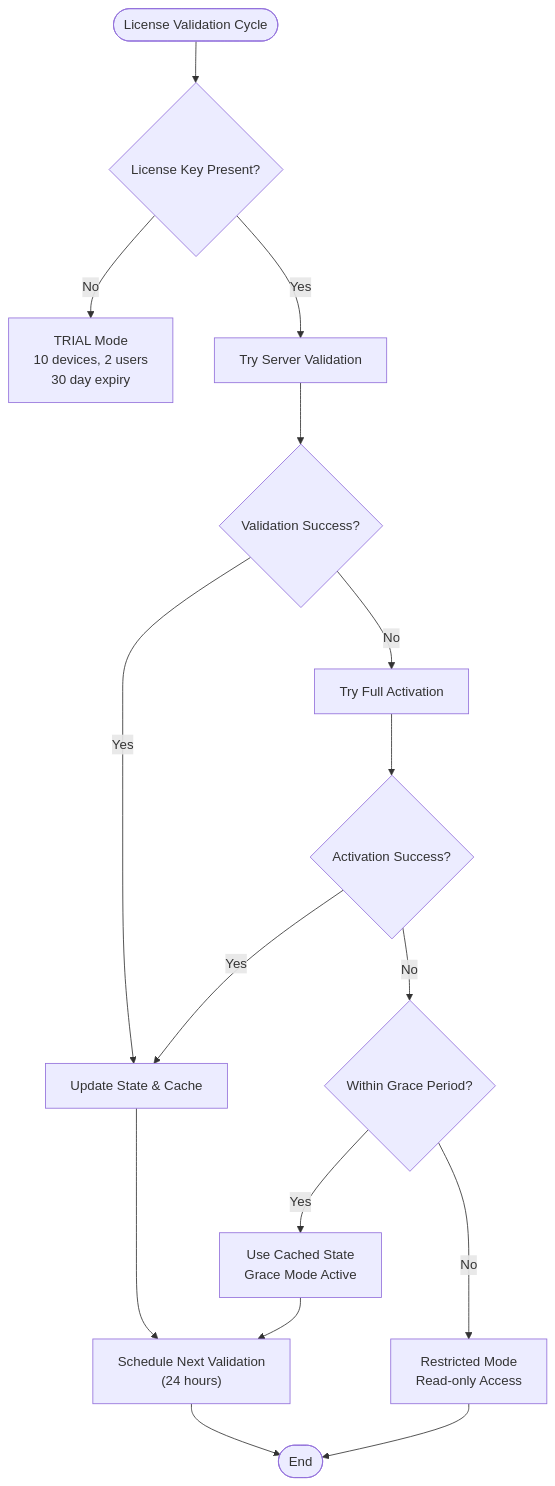
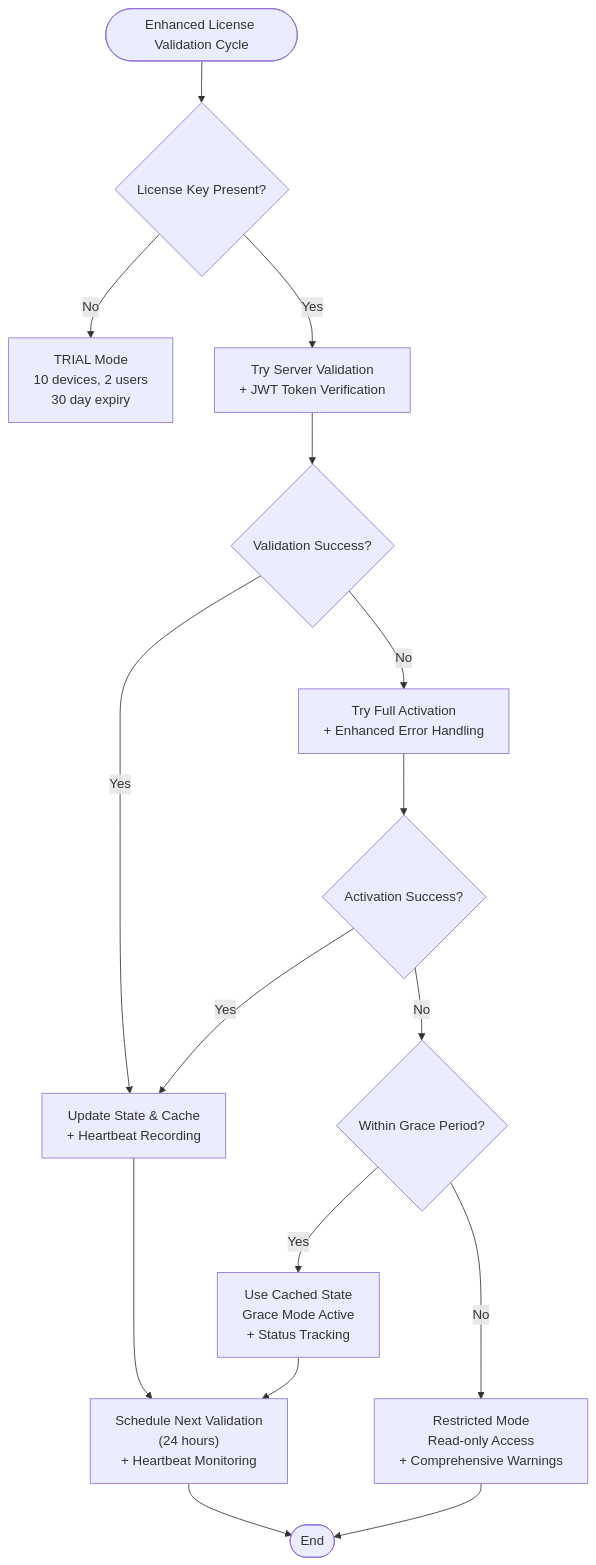
Diagram 13 of 17 in .qoder/repowiki/en/content/Database Schema & Models/Enterprise Features.md (celebigilfatih/infrascope), drawn with Mermaid before and after one commit. The commit also changed other lines of this file and 13 other files, not shown here.

````diff
--- a/.qoder/repowiki/en/content/Database Schema & Models/Enterprise Features.md
+++ b/.qoder/repowiki/en/content/Database Schema & Models/Enterprise Features.md
@@ -614,18 +625,18 @@
 ```mermaid
 flowchart TD
-Start(["License Validation Cycle"]) --> CheckKey{"License Key Present?"}
+Start(["Enhanced License Validation Cycle"]) --> CheckKey{"License Key Present?"}
 CheckKey --> |No| TrialMode["TRIAL Mode<br/>10 devices, 2 users<br/>30 day expiry"]
-CheckKey --> |Yes| TryValidate["Try Server Validation"]
+CheckKey --> |Yes| TryValidate["Try Server Validation<br/>+ JWT Token Verification"]
 TryValidate --> ValidateSuccess{"Validation Success?"}
-ValidateSuccess --> |Yes| UpdateState["Update State & Cache"]
-ValidateSuccess --> |No| TryActivate["Try Full Activation"]
+ValidateSuccess --> |Yes| UpdateState["Update State & Cache<br/>+ Heartbeat Recording"]
+ValidateSuccess --> |No| TryActivate["Try Full Activation<br/>+ Enhanced Error Handling"]
 TryActivate --> ActivateSuccess{"Activation Success?"}
 ActivateSuccess --> |Yes| UpdateState
 ActivateSuccess --> |No| CheckGrace{"Within Grace Period?"}
-CheckGrace --> |Yes| UseCache["Use Cached State<br/>Grace Mode Active"]
-CheckGrace --> |No| Restricted["Restricted Mode<br/>Read-only Access"]
-UpdateState --> ScheduleNext["Schedule Next Validation<br/>(24 hours)"]
+CheckGrace --> |Yes| UseCache["Use Cached State<br/>Grace Mode Active<br/>+ Status Tracking"]
+CheckGrace --> |No| Restricted["Restricted Mode<br/>Read-only Access<br/>+ Comprehensive Warnings"]
+UpdateState --> ScheduleNext["Schedule Next Validation<br/>(24 hours)<br/>+ Heartbeat Monitoring"]
 UseCache --> ScheduleNext
 Restricted --> End(["End"])
 ScheduleNext --> End
 ```
````
